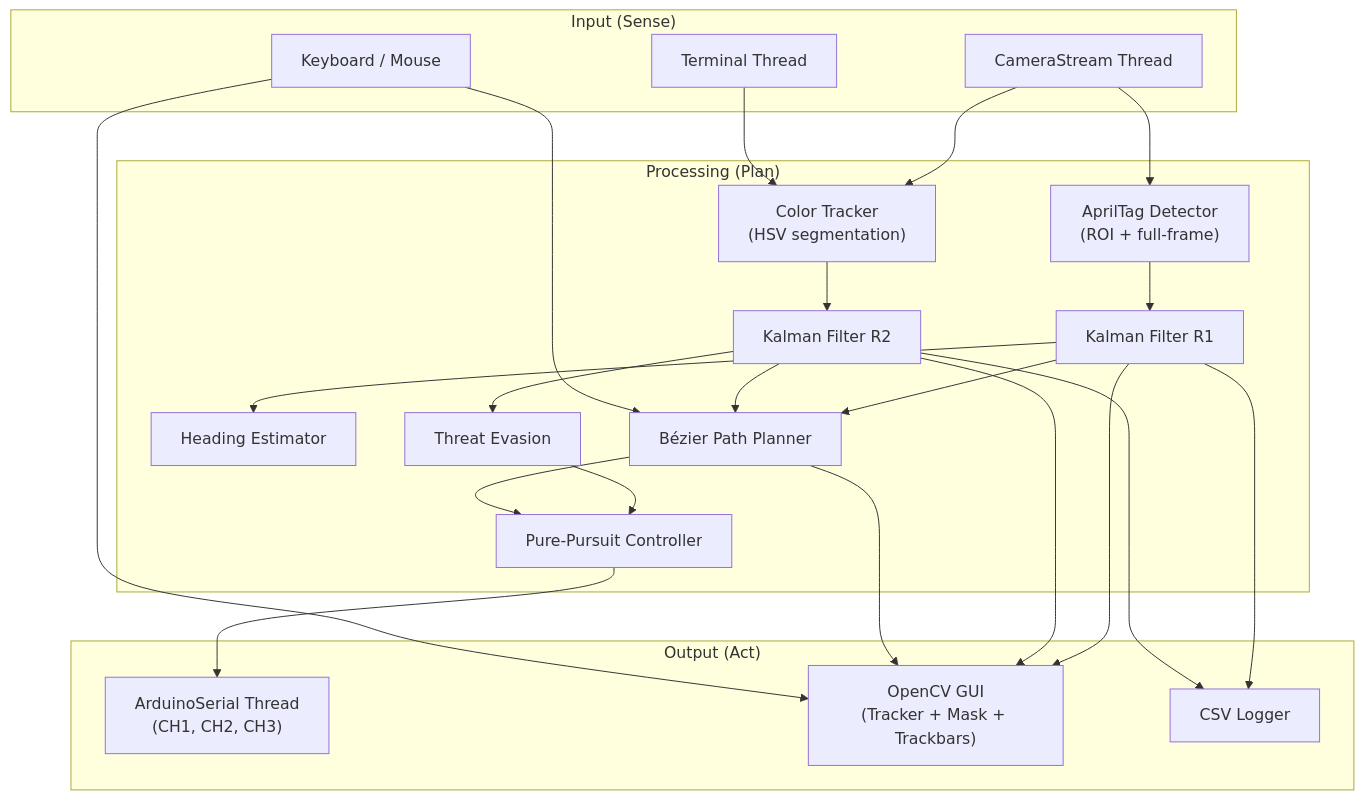
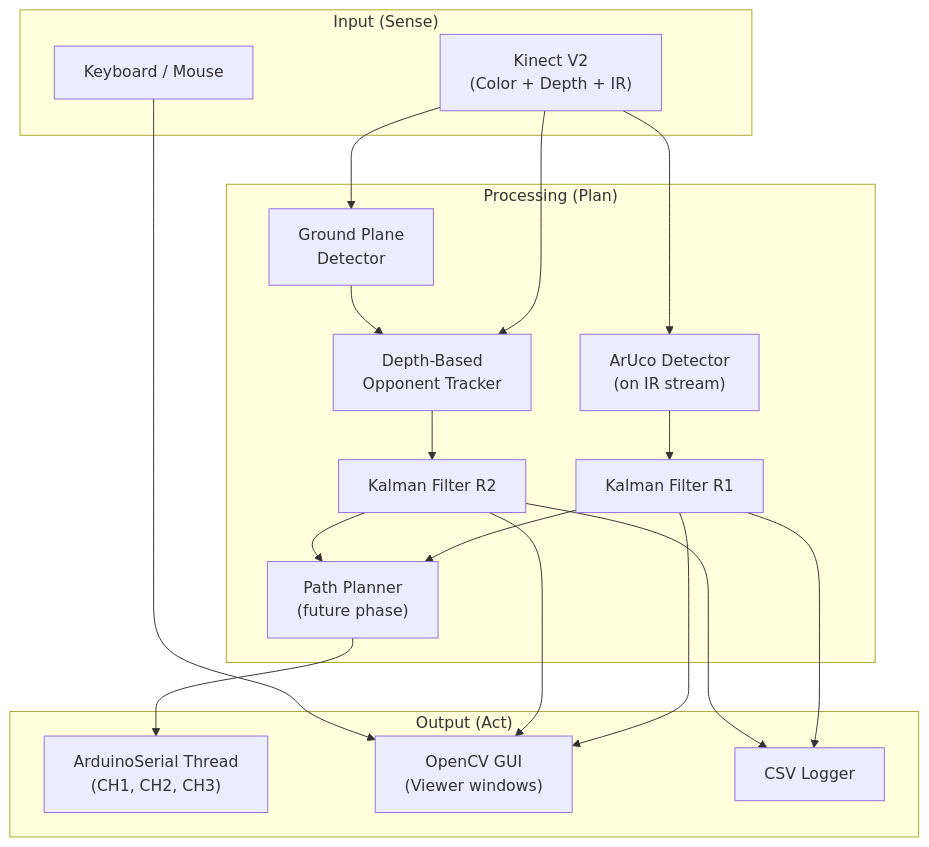
The diagram in docs/design/design.md (Camdyn-Wheatley/Polachrome), drawn with Mermaid before and after one commit. The commit also changed other lines of this file and 38 other files, not shown here.

First line of the commit message:
Vision rewrite Phase 1: Kinect V2 streaming

````diff
--- a/docs/design/design.md
+++ b/docs/design/design.md
@@ -7,39 +9,32 @@
 ```mermaid
 graph TB
     subgraph "Input (Sense)"
-        CAM[CameraStream Thread]
+        KINECT["Kinect V2<br/>(Color + Depth + IR)"]
         KBD[Keyboard / Mouse]
-        TERM[Terminal Thread]
     end
 
     subgraph "Processing (Plan)"
-        AT["AprilTag Detector<br/>(ROI + full-frame)"]
-        CT["Color Tracker<br/>(HSV segmentation)"]
+        ARUCO["ArUco Detector<br/>(on IR stream)"]
+        GROUND["Ground Plane<br/>Detector"]
+        DEPTH["Depth-Based<br/>Opponent Tracker"]
         KF1["Kalman Filter R1"]
         KF2["Kalman Filter R2"]
-        HEAD["Heading Estimator"]
-        PATH["Bézier Path Planner"]
-        EVADE["Threat Evasion"]
-        PP["Pure-Pursuit Controller"]
+        PATH["Path Planner<br/>(future phase)"]
     end
 
     subgraph "Output (Act)"
         ARD["ArduinoSerial Thread<br/>(CH1, CH2, CH3)"]
-        GUI["OpenCV GUI<br/>(Tracker + Mask + Trackbars)"]
+        GUI["OpenCV GUI<br/>(Viewer windows)"]
         LOG["CSV Logger"]
     end
 
-    CAM --> AT & CT
-    AT --> KF1
-    CT --> KF2
-    KF1 --> HEAD
+    KINECT --> ARUCO & GROUND & DEPTH
+    ARUCO --> KF1
+    GROUND --> DEPTH
+    DEPTH --> KF2
     KF1 & KF2 --> PATH
-    KF2 --> EVADE
-    EVADE --> PP
-    PATH --> PP
-    PP --> ARD
-    KF1 & KF2 & PATH --> GUI
+    PATH --> ARD
+    KF1 & KF2 --> GUI
     KF1 & KF2 --> LOG
-    KBD --> PATH & GUI
-    TERM --> CT
+    KBD --> GUI
 ```
````
